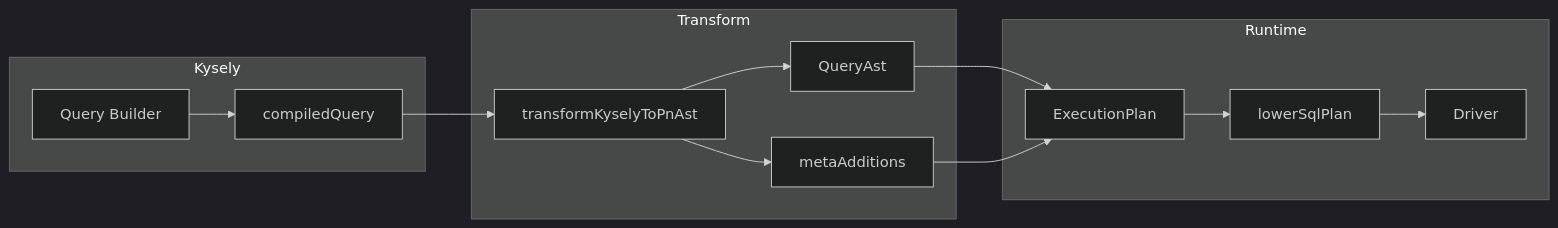
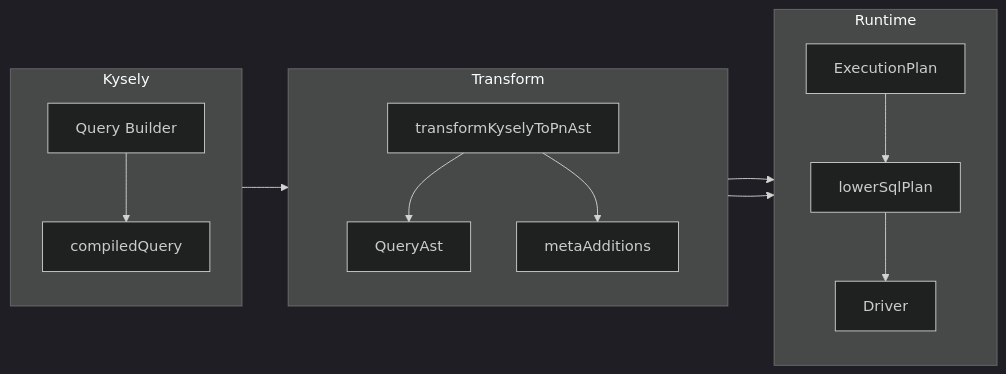
The diagram in packages/3-extensions/integration-kysely/README.md (prisma/prisma-next), drawn with Mermaid (dark theme) before and after one commit. The commit also changed 2 other files, not shown here.

Commit message:
docs: ASCII Mermaid labels, direction TB in subgraphs, shorten Plan node
- A-024: Kysely-to-PN transformer (ASCII-only) in ADR 160
- A-025: Shorten Plan node label in Query Lanes doc
- A-026: Add direction TB in integration-kysely README subgraphs

````diff
--- a/packages/3-extensions/integration-kysely/README.md
+++ b/packages/3-extensions/integration-kysely/README.md
@@ -13,22 +13,25 @@
 ```mermaid
 flowchart LR
   subgraph Kysely
+    direction TB
     QB[Query Builder]
     QB --> CQ[compiledQuery]
   end
 
   subgraph Transform
+    direction TB
     CQ --> T[transformKyselyToPnAst]
     T --> AST[QueryAst]
     T --> Meta[metaAdditions]
   end
 
   subgraph Runtime
+    direction TB
     Plan[ExecutionPlan]
     Plan --> Lower[lowerSqlPlan]
     Lower --> Driver[Driver]
   end
 
   AST --> Plan
   Meta --> Plan
 ```
````
